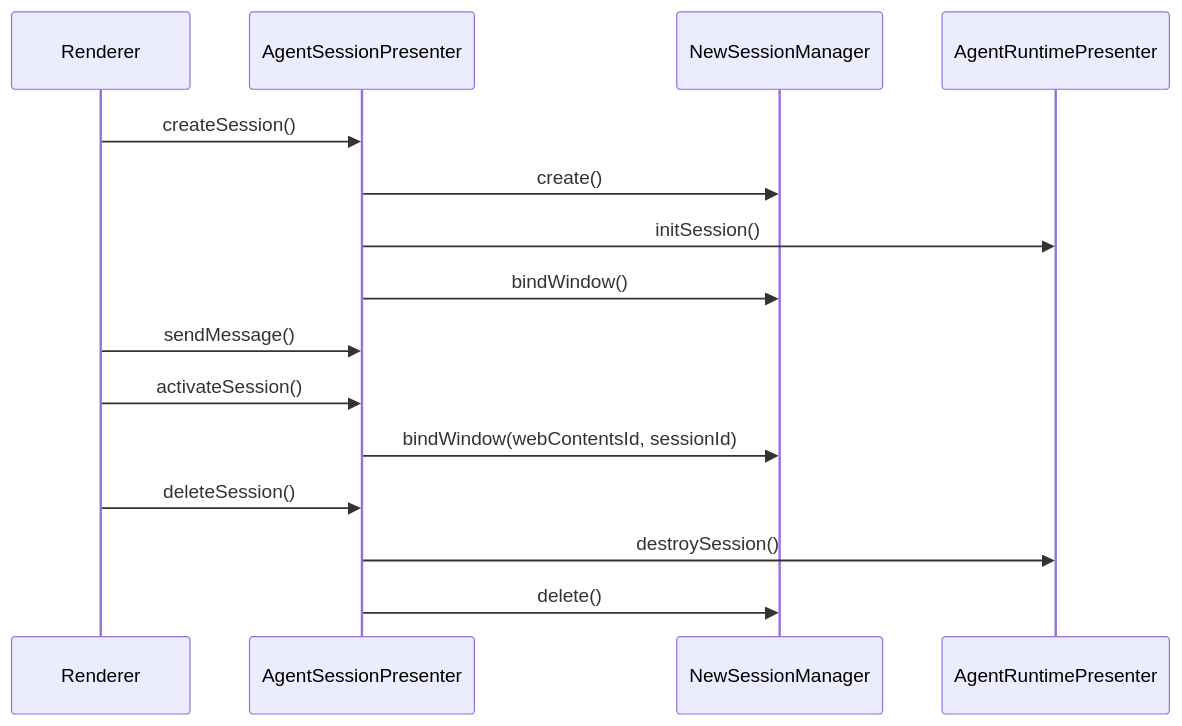
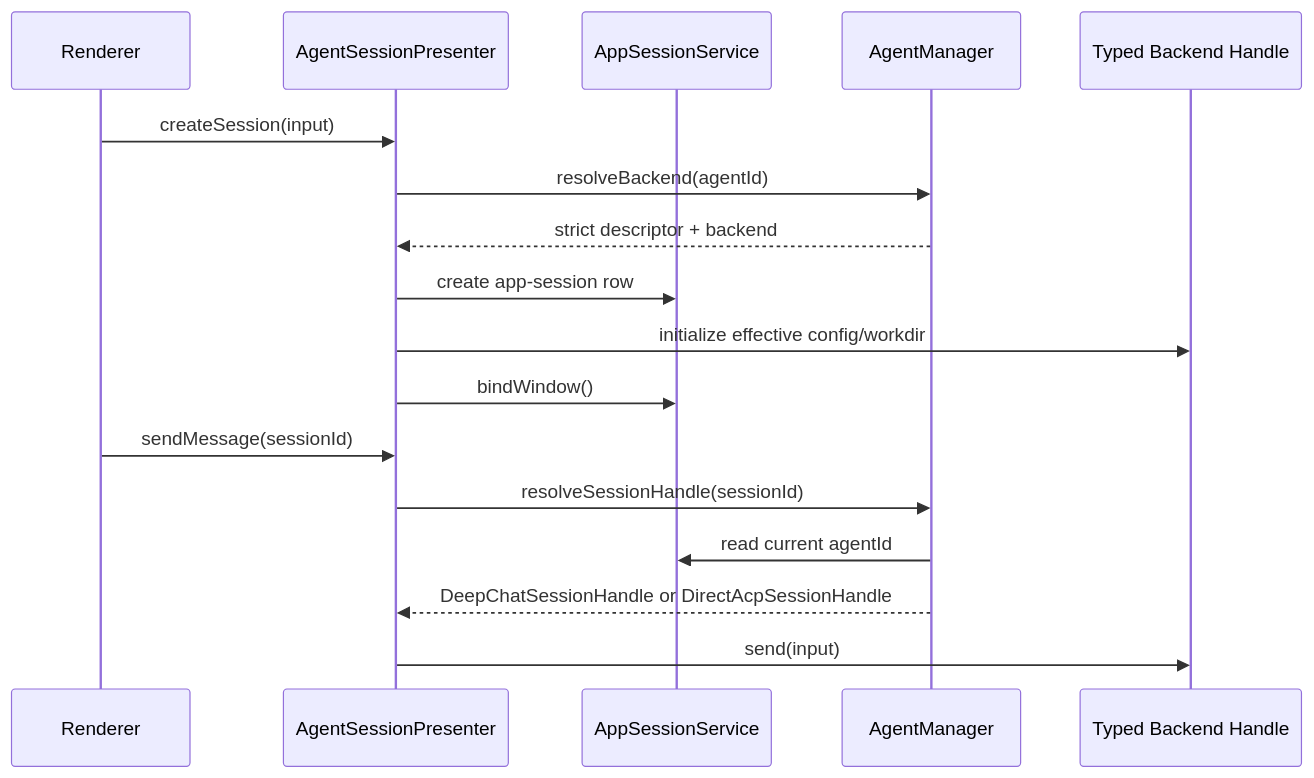
Before and after one commit to ThinkInAIXYZ/deepchat: the diagram in docs/architecture/session-management.md, drawn with Mermaid. The commit also changed other lines of this file and 25 other files, not shown here.

Commit message:
docs(agent): converge layered runtime architecture

````diff
--- a/docs/architecture/session-management.md
+++ b/docs/architecture/session-management.md
@@ -21,18 +29,20 @@
 ```mermaid
 sequenceDiagram
     participant R as Renderer
-    participant N as AgentSessionPresenter
-    participant S as NewSessionManager
-    participant D as AgentRuntimePresenter
+    participant F as AgentSessionPresenter
+    participant S as AppSessionService
+    participant M as AgentManager
+    participant B as Typed Backend Handle
 
-    R->>N: createSession()
-    N->>S: create()
-    N->>D: initSession()
-    N->>S: bindWindow()
-    R->>N: sendMessage()
-    R->>N: activateSession()
-    N->>S: bindWindow(webContentsId, sessionId)
-    R->>N: deleteSession()
-    N->>D: destroySession()
-    N->>S: delete()
+    R->>F: createSession(input)
+    F->>M: resolveBackend(agentId)
+    M-->>F: strict descriptor + backend
+    F->>S: create app-session row
+    F->>B: initialize effective config/workdir
+    F->>S: bindWindow()
+    R->>F: sendMessage(sessionId)
+    F->>M: resolveSessionHandle(sessionId)
+    M->>S: read current agentId
+    M-->>F: DeepChatSessionHandle or DirectAcpSessionHandle
+    F->>B: send(input)
 ```
````
